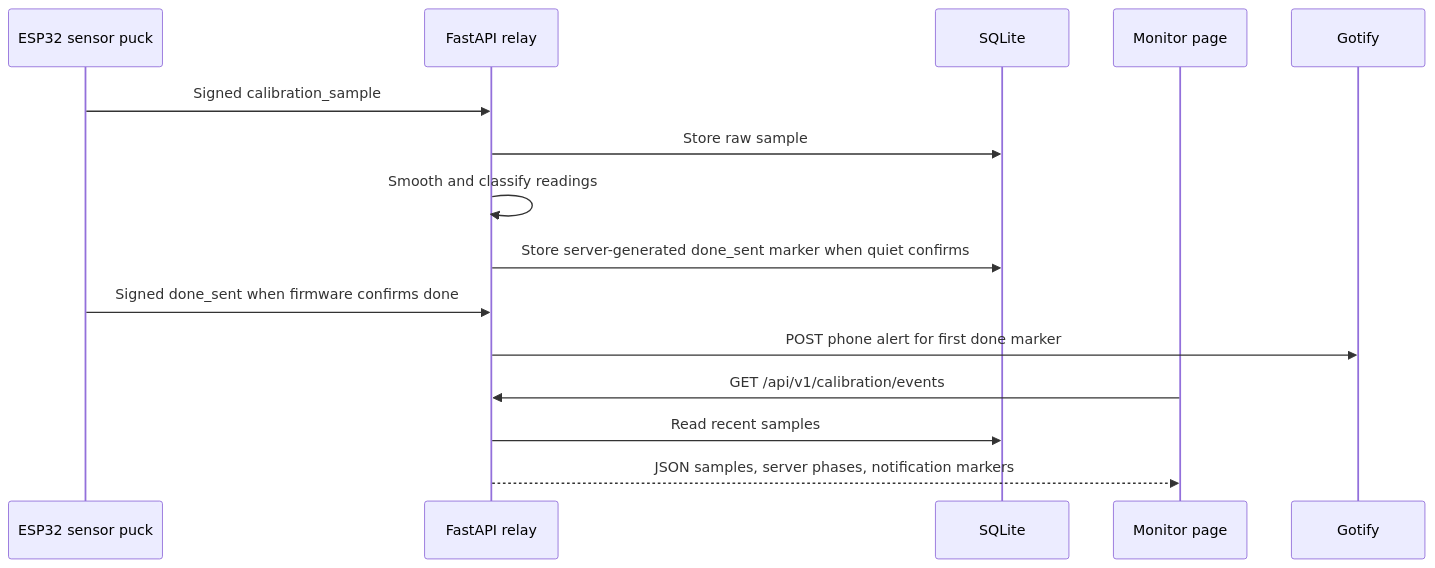
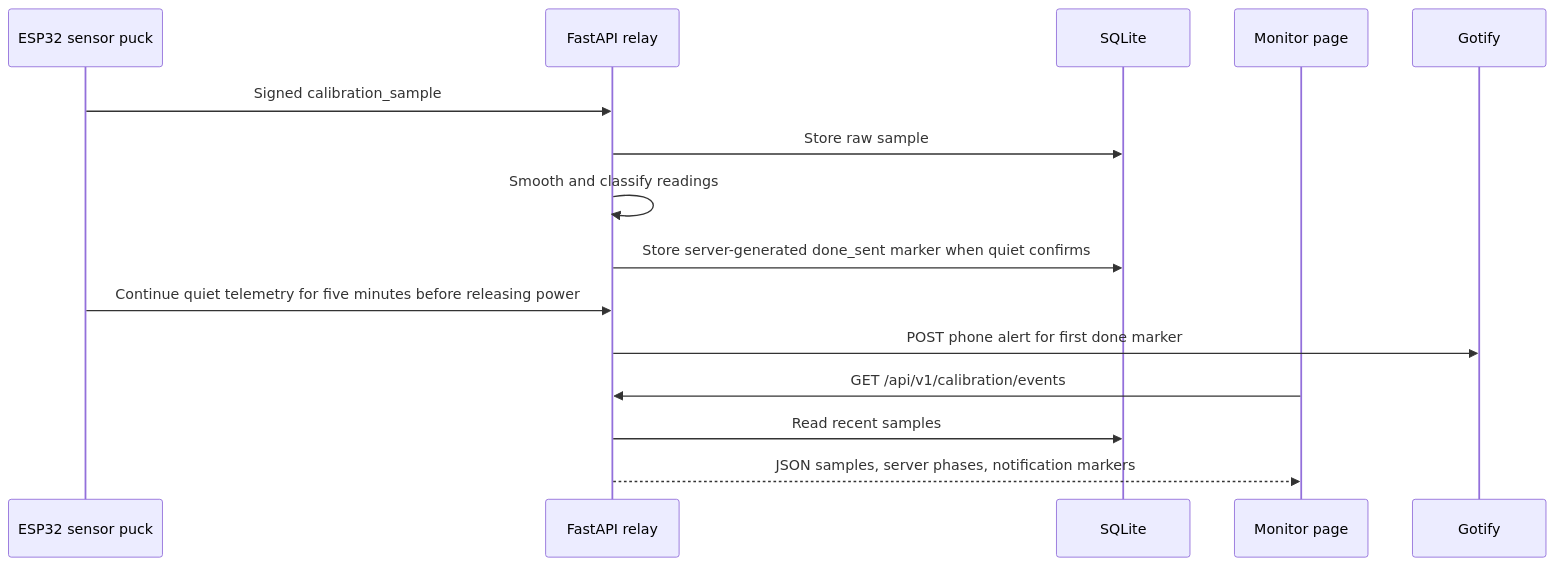
One commit to boscacci/laundry-done changed the fourth of 4 diagrams in docs/architecture.md. Above: the diagram before and after it, drawn with Mermaid. The commit also changed other lines of this file and 13 other files, not shown here.

Commit message:
Correct measured-noise classification and align quiet power budget

````diff
--- a/docs/architecture.md
+++ b/docs/architecture.md
@@ -48,17 +48,17 @@
 ```mermaid
 sequenceDiagram
   participant Sensor as ESP32 sensor puck
   participant Relay as FastAPI relay
   participant Db as SQLite
   participant Browser as Monitor page
   participant Gotify as Gotify
   Sensor->>Relay: Signed calibration_sample
   Relay->>Db: Store raw sample
   Relay->>Relay: Smooth and classify readings
   Relay->>Db: Store server-generated done_sent marker when quiet confirms
-  Sensor->>Relay: Signed done_sent when firmware confirms done
+  Sensor->>Relay: Continue quiet telemetry for five minutes before releasing power
   Relay->>Gotify: POST phone alert for first done marker
   Browser->>Relay: GET /api/v1/calibration/events
   Relay->>Db: Read recent samples
   Relay-->>Browser: JSON samples, server phases, notification markers
 ```
````
